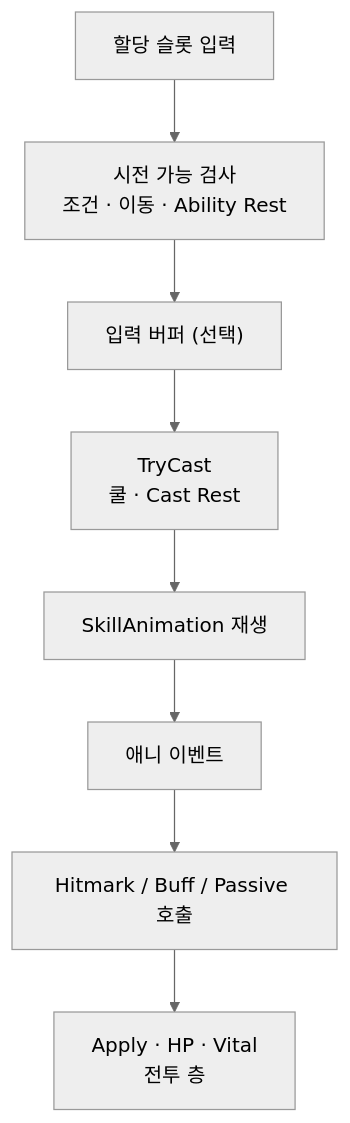
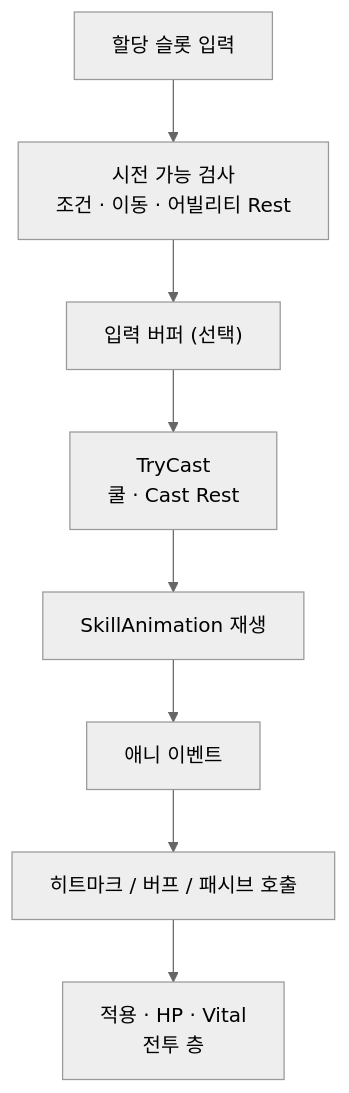
Before and after one commit to monet5379/monet5379.github.io: the diagram in notes/dragon-skill-cast.md, drawn with Mermaid (neutral theme). The commit also changed other lines of this file and 27 other files, not shown here.

````diff
--- a/notes/dragon-skill-cast.md
+++ b/notes/dragon-skill-cast.md
@@ -58,10 +58,10 @@
 ```mermaid
 flowchart TD
-  IN["할당 슬롯 입력"] --> AUTH["시전 가능 검사<br/>조건 · 이동 · Ability Rest"]
+  IN["할당 슬롯 입력"] --> AUTH["시전 가능 검사<br/>조건 · 이동 · 어빌리티 Rest"]
   AUTH --> BUF["입력 버퍼 (선택)"]
   BUF --> CAST["TryCast<br/>쿨 · Cast Rest"]
   CAST --> ANIM["SkillAnimation 재생"]
   ANIM --> EV["애니 이벤트"]
-  EV --> OUT["Hitmark / Buff / Passive 호출"]
-  OUT --> COMBAT["Apply · HP · Vital<br/>전투 층"]
+  EV --> OUT["히트마크 / 버프 / 패시브 호출"]
+  OUT --> COMBAT["적용 · HP · Vital<br/>전투 층"]
 ```
````
